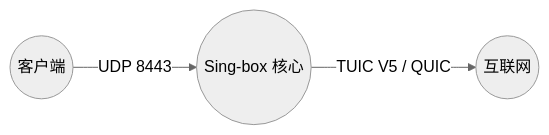
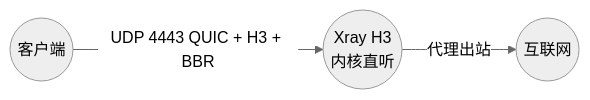
Before and after one commit to currycan/sb-xray: the fourth of 17 diagrams in docs/02-protocols-and-security.md, drawn with Mermaid (neutral theme). The commit also changed other lines of this file and 5 other files, not shown here.

````diff
--- a/docs/02-protocols-and-security.md
+++ b/docs/02-protocols-and-security.md
@@ -166,5 +237,5 @@
 ```mermaid
 graph LR
-    User((客户端)) -- "UDP 8443" --> Singbox(("Sing-box 核心"))
-    Singbox -- "TUIC V5 / QUIC" --> Internet((互联网))
+    User((客户端)) -- "UDP 4443 QUIC + H3 + BBR" --> XrayH3(("Xray H3<br/>内核直听"))
+    XrayH3 -- "代理出站" --> Internet((互联网))
 ```
````
